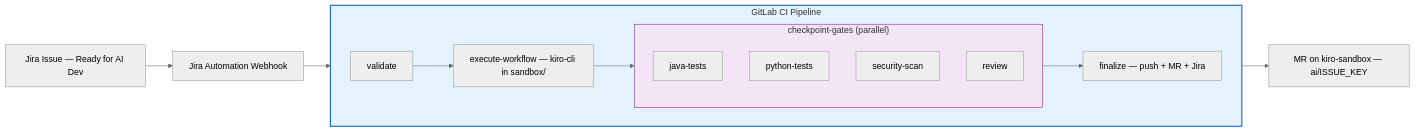
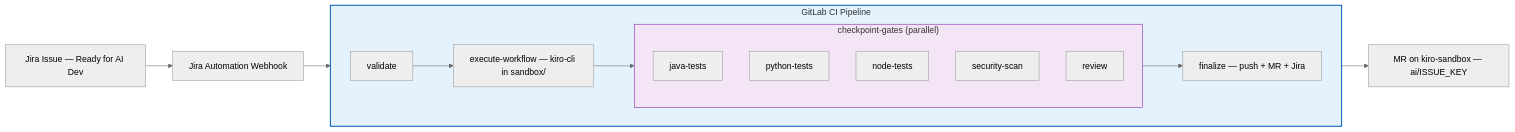
Before and after one commit to ukrsite/kiro-autonomous-ai-sdlc: the sixth of 10 diagrams in docs/Architecture — Autonomous AI Software Development Lifecycle.md, drawn with Mermaid (neutral theme). The commit also changed other lines of this file and 62 other files, not shown here.

````diff
--- a/docs/Architecture — Autonomous AI Software Development Lifecycle.md
+++ b/docs/Architecture — Autonomous AI Software Development Lifecycle.md
@@ -261,28 +387,29 @@
 ```mermaid
 flowchart LR
     JIRA3["Jira Issue — Ready for AI Dev"]
     WEBHOOK3["Jira Automation Webhook"]
 
     subgraph PIPELINE3["GitLab CI Pipeline"]
         direction LR
         V3["validate"]
         EW3["execute-workflow — kiro-cli in sandbox/"]
 
         subgraph GATES["checkpoint-gates (parallel)"]
             JT3["java-tests"]
             PT3["python-tests"]
+            NT3["node-tests"]
             SS3["security-scan"]
             RV3["review"]
         end
 
         FIN3["finalize — push + MR + Jira"]
 
         V3 --> EW3 --> GATES --> FIN3
     end
 
     JIRA3 --> WEBHOOK3 --> PIPELINE3
     FIN3 --> MR3["MR on kiro-sandbox — ai/ISSUE_KEY"]
 
     style PIPELINE3 fill:#e3f2fd,stroke:#1565c0,stroke-width:2px
     style GATES fill:#f3e5f5,stroke:#7b1fa2,stroke-width:1px
 ```
````
